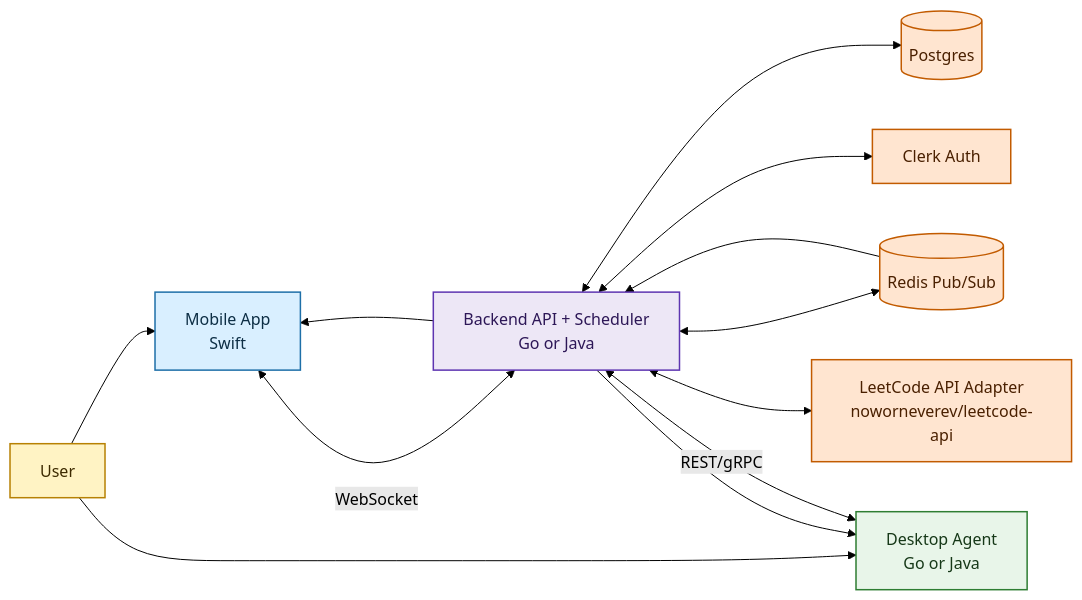
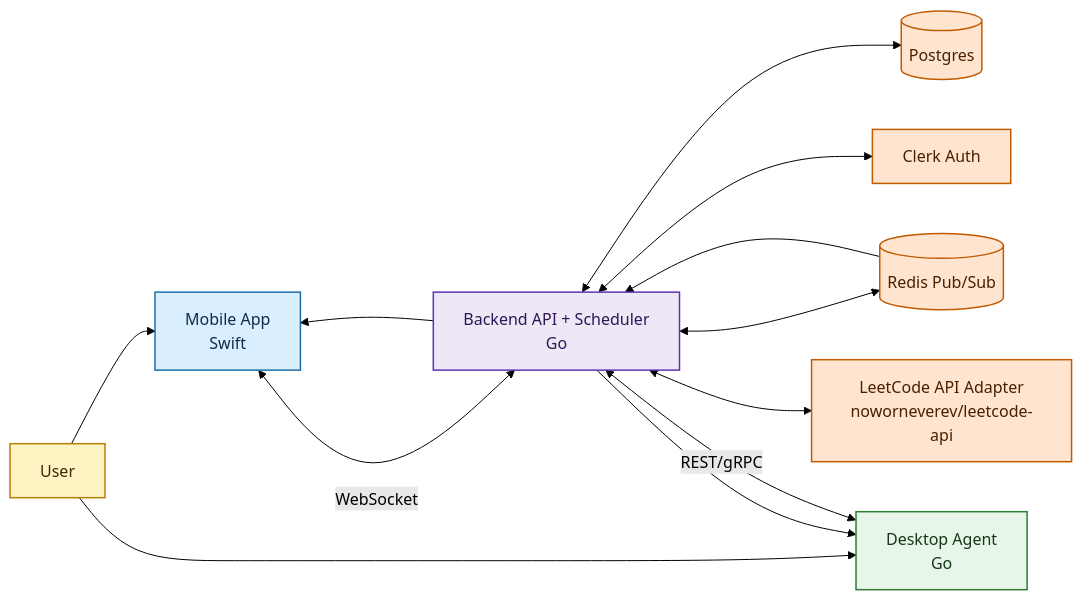
The first of 4 diagrams in README.md (joewadk/queue_up), drawn with Mermaid (forest theme) before and after one commit. The commit also changed other lines of this file and 40 other files, not shown here.

Commit message:
feat: desktop agent runs via bash scripts and the exe

````diff
--- a/README.md
+++ b/README.md
@@ -23,28 +23,28 @@
 ```mermaid
 flowchart LR
     U[User] --> M[Mobile App<br/>Swift]
-    U --> D[Desktop Agent<br/>Go or Java]
+    U --> D[Desktop Agent<br/>Go]
 
-    M <--> |WebSocket| B[Backend API + Scheduler<br/>Go or Java]
+    M <--> |WebSocket| B[Backend API + Scheduler<br/>Go]
     D <--> |REST/gRPC| B
     B <--> R[(Redis Pub/Sub)]
     B <--> P[(Postgres)]
     B <--> C[Clerk Auth]
     B <--> L[LeetCode API Adapter<br/>noworneverev/leetcode-api]
 
     R --> B
     B --> M
     B --> D
 
     classDef user fill:#FFF3C4,stroke:#B78103,color:#3D2A00,stroke-width:1.5px;
     classDef mobile fill:#D9EFFF,stroke:#1E6FA8,color:#0D2E45,stroke-width:1.5px;
     classDef desktop fill:#E8F5E9,stroke:#2E7D32,color:#163818,stroke-width:1.5px;
     classDef backend fill:#EDE7F6,stroke:#5E35B1,color:#2D1757,stroke-width:1.5px;
     classDef infra fill:#FFE5D0,stroke:#C25B00,color:#4A2000,stroke-width:1.5px;
 
     class U user;
     class M mobile;
     class D desktop;
     class B backend;
     class R,P,C,L infra;
 ```
````
